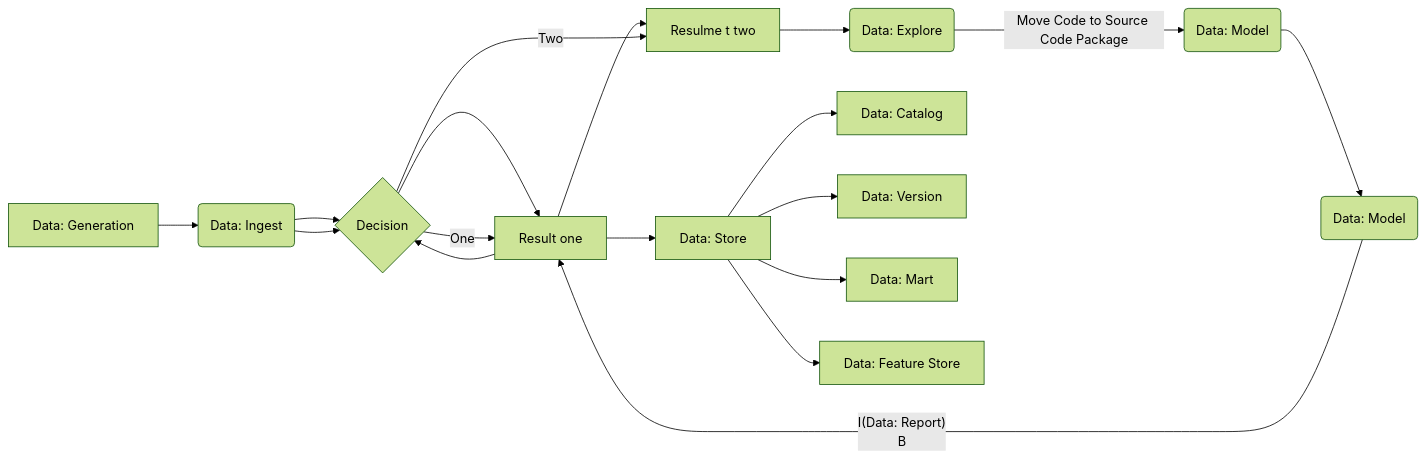
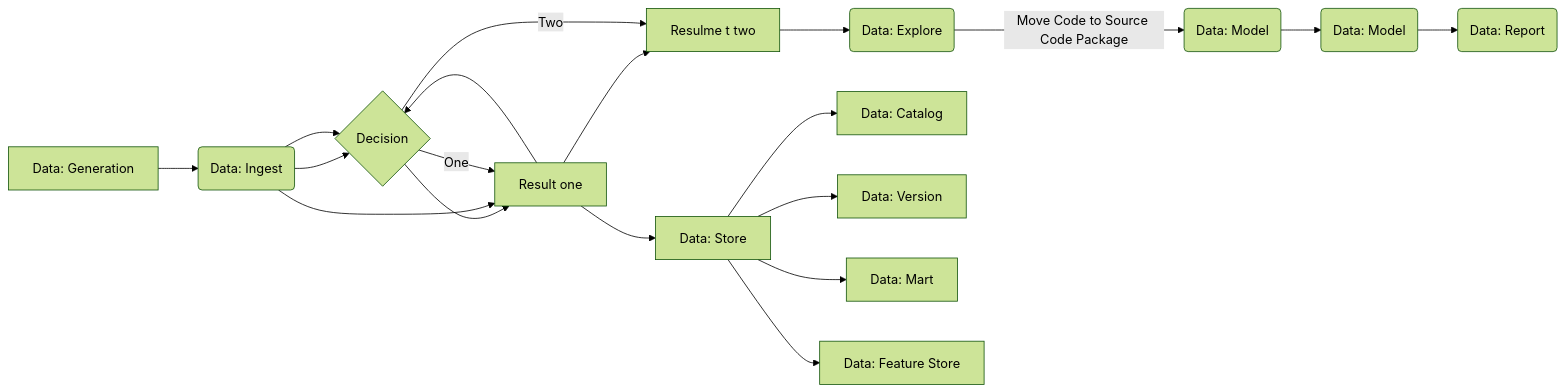
Before and after one commit to mraarone/dsbaseline: the first of 2 diagrams in docs/docs/index.md, drawn with Mermaid (forest theme).

````diff
--- a/docs/docs/index.md
+++ b/docs/docs/index.md
@@ -118,14 +118,14 @@
 ```mermaid
 flowchart LR
-    A[Data: Generation] --> B(Data: Ingest) --> C(Data: Transform) --> D(Data: Load) --> E(Data: Explore) --> F(Data: Explore) -->|Move Code to Source Code Package| G(Data: Model) --> H(Data: Model) -- I(Data: Report)
+    A[Data: Generation] --> B(Data: Ingest) --> C(Data: Transform) --> D(Data: Load) --> E(Data: Explore) --> F(Data: Explore) -->|Move Code to Source Code Package| G(Data: Model) --> H(Data: Model) --> I(Data: Report)
     B --> D
     D --> C
     D --> J[Data: Store]
     J --> K[Data: Catalog]
     J --> L[Data: Version]
     J --> M[Data: Mart]
     J --> N[Data: Feature Store]
     B --> C{Decision}
     C -->|One| D[Result one]
     C -->|Two| E[Resulme t two]
 ```
````
